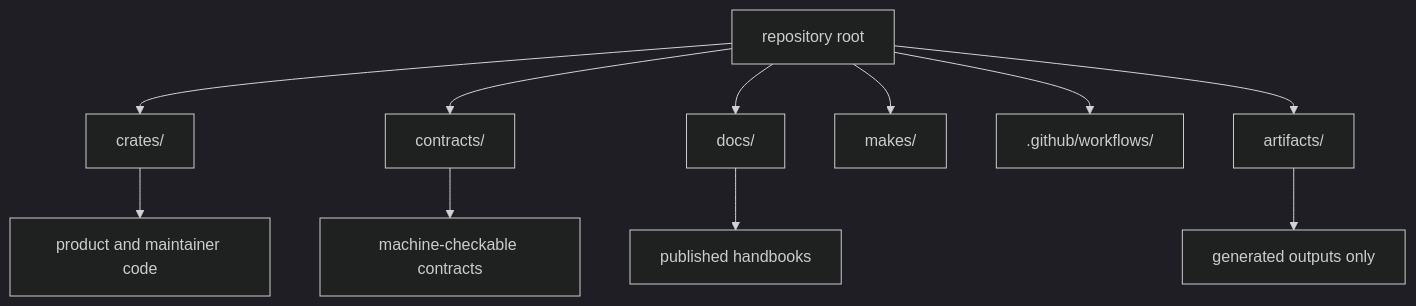
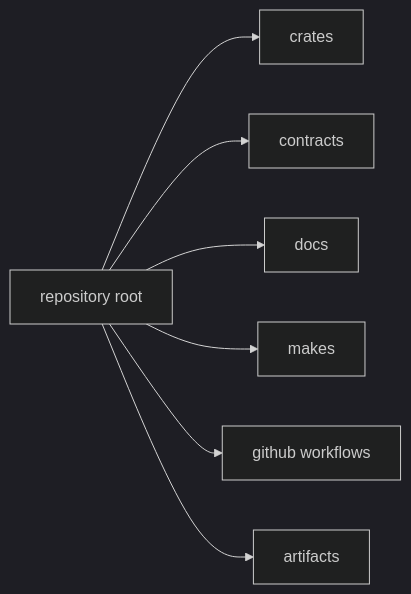
Before and after one commit to bijux/bijux-cli: the diagram in docs/bijux-core/foundation/workspace-layout.md, drawn with Mermaid (dark theme). The commit also changed other lines of this file, not shown here.

Commit message:
docs(core-foundation): clarify the workspace layout

````diff
--- a/docs/bijux-core/foundation/workspace-layout.md
+++ b/docs/bijux-core/foundation/workspace-layout.md
@@ -15,15 +20,9 @@
 ```mermaid
-flowchart TD
-    root[repository root]
-    root --> crates[crates/]
-    root --> contracts[contracts/]
-    root --> docs[docs/]
-    root --> makes[makes/]
-    root --> workflows[.github/workflows/]
-    root --> artifacts[artifacts/]
-
-    crates --> code[product and maintainer code]
-    contracts --> machine[machine-checkable contracts]
-    docs --> handbook[published handbooks]
-    artifacts --> generated[generated outputs only]
+flowchart LR
+    root["repository root"] --> crates["crates"]
+    root --> contracts["contracts"]
+    root --> docs["docs"]
+    root --> makes["makes"]
+    root --> workflows["github workflows"]
+    root --> artifacts["artifacts"]
 ```
````
